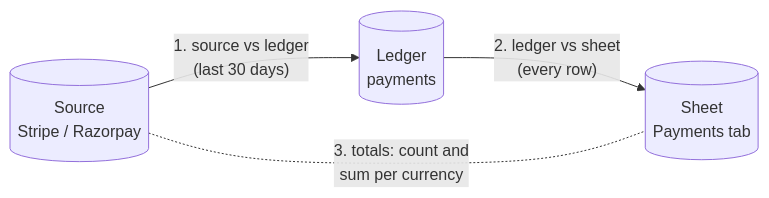
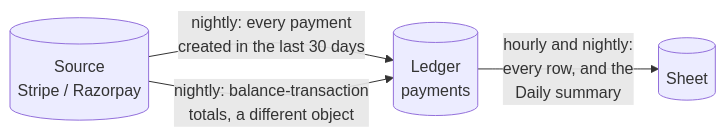
The diagram in docs/design/verify.md (lalitkarthik/webhook-sync), drawn with Mermaid before and after one commit. The commit also changed other lines of this file and 23 other files, not shown here.

````diff
--- a/docs/design/verify.md
+++ b/docs/design/verify.md
@@ -11,6 +11,6 @@
 ```mermaid
 flowchart LR
-  SRC[("Source<br/>Stripe / Razorpay")] -- "1. source vs ledger<br/>(last 30 days)" --> LED[("Ledger<br/>payments")]
-  LED -- "2. ledger vs sheet<br/>(every row)" --> SH[("Sheet<br/>Payments tab")]
-  SRC -. "3. totals: count and<br/>sum per currency" .- SH
+  SRC[("Source<br/>Stripe / Razorpay")] -- "nightly: every payment<br/>created in the last 30 days" --> LED[("Ledger<br/>payments")]
+  SRC -- "nightly: balance-transaction<br/>totals, a different object" --> LED
+  LED -- "hourly and nightly:<br/>every row, and the<br/>Daily summary" --> SH[("Sheet")]
 ```
````
